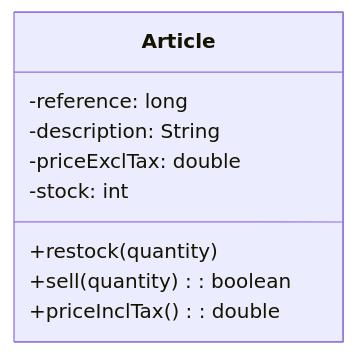
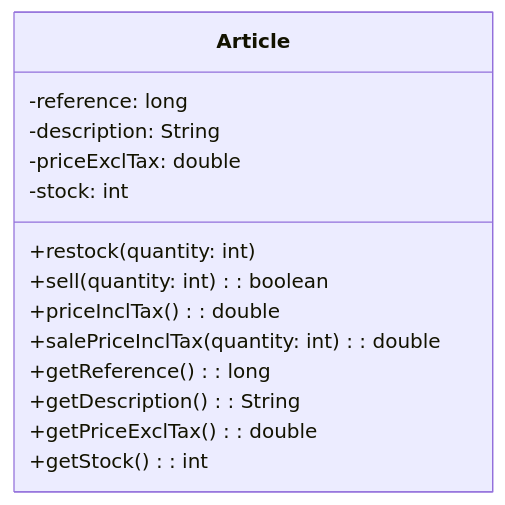
The third of 4 diagrams in README.md (Lagmouchyoussef/java-oop-bank-store---Simple-and-descriptive), drawn with Mermaid before and after one commit. The commit also changed other lines of this file, not shown here.

````diff
--- a/README.md
+++ b/README.md
@@ -252,12 +395,17 @@
 ```mermaid
 classDiagram
     class Article {
         -reference: long
         -description: String
         -priceExclTax: double
         -stock: int
-        +restock(quantity)
-        +sell(quantity): boolean
+        +restock(quantity: int)
+        +sell(quantity: int): boolean
         +priceInclTax(): double
+        +salePriceInclTax(quantity: int): double
+        +getReference(): long
+        +getDescription(): String
+        +getPriceExclTax(): double
+        +getStock(): int
     }
 ```
````
